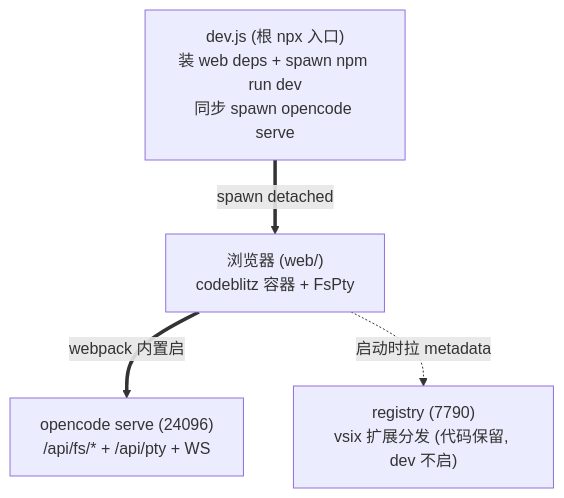
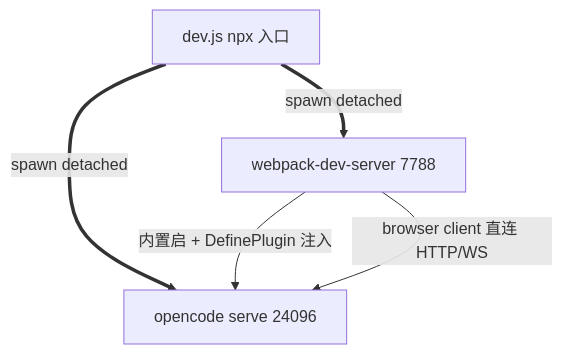
One commit to weizuxiao911/magicbook changed the first of 2 diagrams in README.md. Above: the diagram before and after it, drawn with Mermaid. The commit also changed other lines of this file, not shown here.

````diff
--- a/README.md
+++ b/README.md
@@ -8,11 +86,10 @@
 ```mermaid
 graph TB
-    Browser["浏览器 (web/)<br/>codeblitz 容器 + FsPty"]
-    Opencode["opencode serve (24096)<br/>/api/fs/* + /api/pty + WS"]
-    Registry["registry (7790)<br/>vsix 扩展分发 (代码保留, dev 不启)"]
-    Cli["dev.js (根 npx 入口)<br/>装 web deps + spawn npm run dev<br/>同步 spawn opencode serve"]
-
-    Cli ==>|"spawn detached"| Browser
-    Browser ==>|"webpack 内置启"| Opencode
-    Browser -.->|"启动时拉 metadata"| Registry
+  Cli["dev.js npx 入口"]
+  Oc["opencode serve 24096"]
+  Wb["webpack-dev-server 7788"]
+  Cli ==>|"spawn detached"| Wb
+  Cli ==>|"spawn detached"| Oc
+  Wb -->|"内置启 + DefinePlugin 注入"| Oc
+  Wb -->|"browser client 直连 HTTP/WS"| Oc
 ```
````
